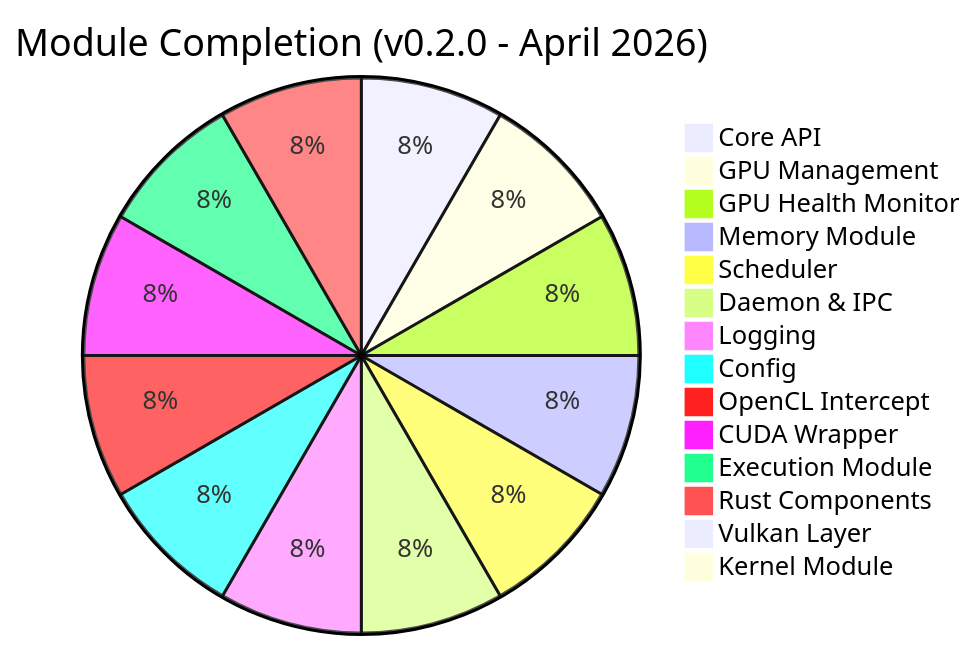
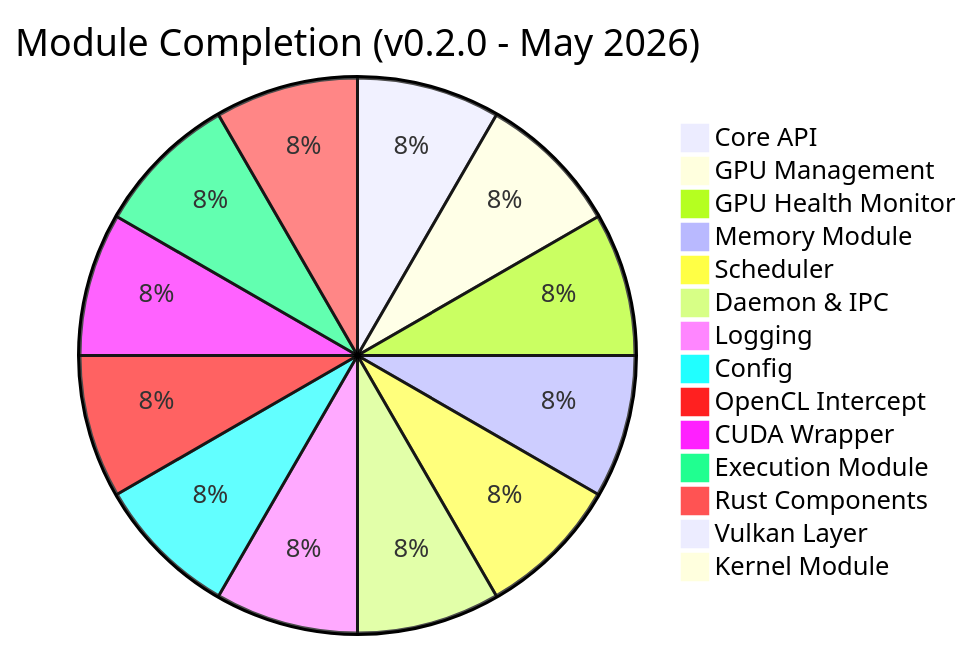
One commit to TheCreateGM/mvgal changed the second of 10 diagrams in docs/PROGRESS.md. Above: the diagram before and after it, drawn with Mermaid. The commit also changed other lines of this file and 49 other files, not shown here.

````diff
--- a/docs/PROGRESS.md
+++ b/docs/PROGRESS.md
@@ -65,18 +65,18 @@
 ```mermaid
 pie
-    title Module Completion (v0.2.0 - April 2026)
+    title Module Completion (v0.2.0 - May 2026)
     "Core API" : 100
     "GPU Management" : 100
     "GPU Health Monitor" : 100
     "Memory Module" : 100
     "Scheduler" : 100
     "Daemon & IPC" : 100
     "Logging" : 100
     "Config" : 100
     "OpenCL Intercept" : 100
     "CUDA Wrapper" : 100
     "Execution Module" : 100
     "Rust Components" : 100
     "Vulkan Layer" : 5
     "Kernel Module" : 0
 ```
````
